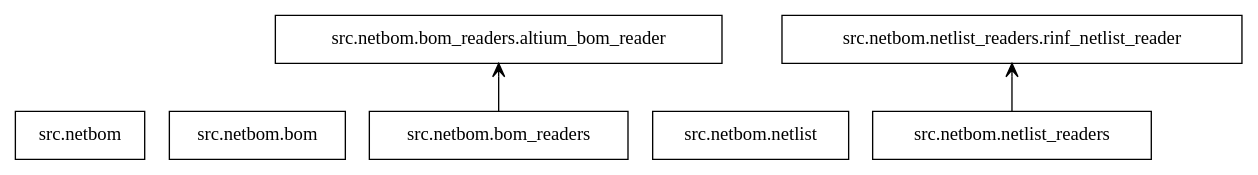
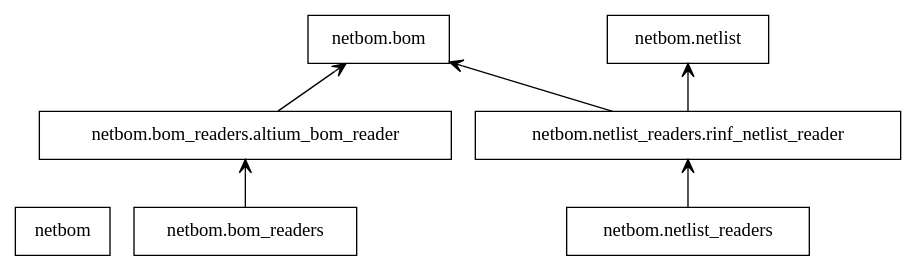
One commit to partmanager/netbom changed the diagram in docs/uml/packages.dot. Above: the diagram before and after it, drawn with Graphviz. The commit also changed 5 other files, not shown here.

```diff
--- a/docs/uml/packages.dot
+++ b/docs/uml/packages.dot
@@ -1,13 +1,16 @@
 digraph "packages" {
 rankdir=BT
 charset="utf-8"
-"src.netbom" [color="black", label=<src.netbom>, shape="box", style="solid"];
-"src.netbom.bom" [color="black", label=<src.netbom.bom>, shape="box", style="solid"];
-"src.netbom.bom_readers" [color="black", label=<src.netbom.bom_readers>, shape="box", style="solid"];
-"src.netbom.bom_readers.altium_bom_reader" [color="black", label=<src.netbom.bom_readers.altium_bom_reader>, shape="box", style="solid"];
-"src.netbom.netlist" [color="black", label=<src.netbom.netlist>, shape="box", style="solid"];
-"src.netbom.netlist_readers" [color="black", label=<src.netbom.netlist_readers>, shape="box", style="solid"];
-"src.netbom.netlist_readers.rinf_netlist_reader" [color="black", label=<src.netbom.netlist_readers.rinf_netlist_reader>, shape="box", style="solid"];
-"src.netbom.bom_readers" -> "src.netbom.bom_readers.altium_bom_reader" [arrowhead="open", arrowtail="none"];
-"src.netbom.netlist_readers" -> "src.netbom.netlist_readers.rinf_netlist_reader" [arrowhead="open", arrowtail="none"];
+"netbom" [color="black", label=<netbom>, shape="box", style="solid"];
+"netbom.bom" [color="black", label=<netbom.bom>, shape="box", style="solid"];
+"netbom.bom_readers" [color="black", label=<netbom.bom_readers>, shape="box", style="solid"];
+"netbom.bom_readers.altium_bom_reader" [color="black", label=<netbom.bom_readers.altium_bom_reader>, shape="box", style="solid"];
+"netbom.netlist" [color="black", label=<netbom.netlist>, shape="box", style="solid"];
+"netbom.netlist_readers" [color="black", label=<netbom.netlist_readers>, shape="box", style="solid"];
+"netbom.netlist_readers.rinf_netlist_reader" [color="black", label=<netbom.netlist_readers.rinf_netlist_reader>, shape="box", style="solid"];
+"netbom.bom_readers" -> "netbom.bom_readers.altium_bom_reader" [arrowhead="open", arrowtail="none"];
+"netbom.bom_readers.altium_bom_reader" -> "netbom.bom" [arrowhead="open", arrowtail="none"];
+"netbom.netlist_readers" -> "netbom.netlist_readers.rinf_netlist_reader" [arrowhead="open", arrowtail="none"];
+"netbom.netlist_readers.rinf_netlist_reader" -> "netbom.bom" [arrowhead="open", arrowtail="none"];
+"netbom.netlist_readers.rinf_netlist_reader" -> "netbom.netlist" [arrowhead="open", arrowtail="none"];
 }
```
